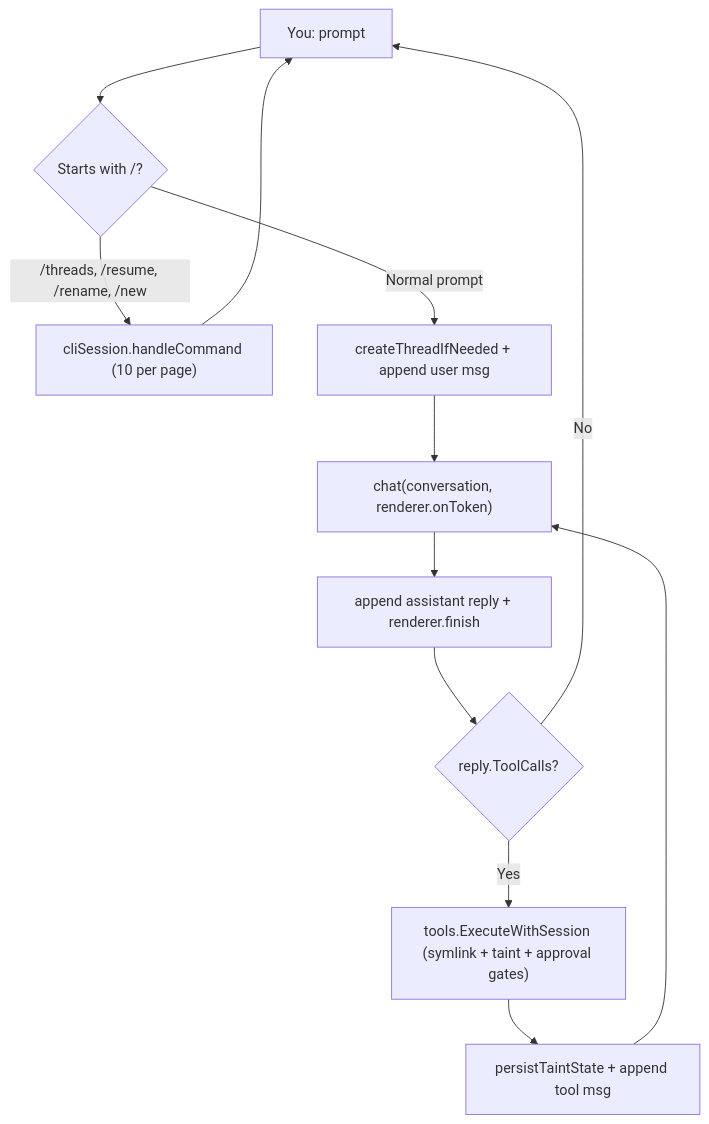
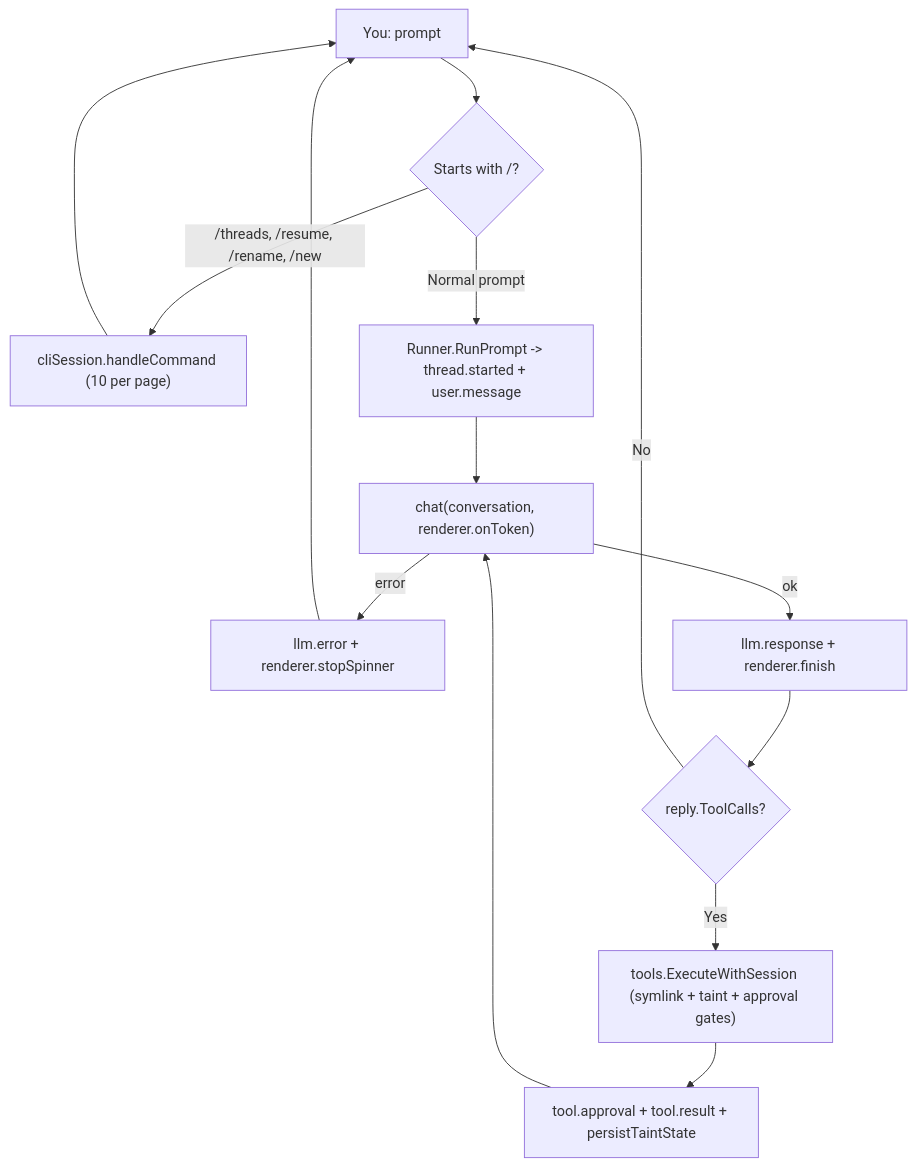
One commit to TheRealShek/enma-harness changed the diagram in docs/architecture.md. Above: the diagram before and after it, drawn with Mermaid. The commit also changed other lines of this file, not shown here.

Commit message:
docs(architecture): document events.jsonl and Runner turn loop

````diff
--- a/docs/architecture.md
+++ b/docs/architecture.md
@@ -7,14 +7,16 @@
 ```mermaid
 flowchart TD
     U["You: prompt"] --> S{"Starts with /?"}
     S -->|"/threads, /resume, /rename, /new"| C["cliSession.handleCommand (10 per page)"]
     C --> U
-    S -->|"Normal prompt"| L["createThreadIfNeeded + append user msg"]
+    S -->|"Normal prompt"| L["Runner.RunPrompt -> thread.started + user.message"]
     L --> M["chat(conversation, renderer.onToken)"]
-    M --> A["append assistant reply + renderer.finish"]
+    M -->|error| ERR["llm.error + renderer.stopSpinner"]
+    ERR --> U
+    M -->|ok| A["llm.response + renderer.finish"]
     A --> T{"reply.ToolCalls?"}
     T -->|No| U
     T -->|Yes| E["tools.ExecuteWithSession (symlink + taint + approval gates)"]
-    E --> P["persistTaintState + append tool msg"]
+    E --> P["tool.approval + tool.result + persistTaintState"]
     P --> M
 ```
````
